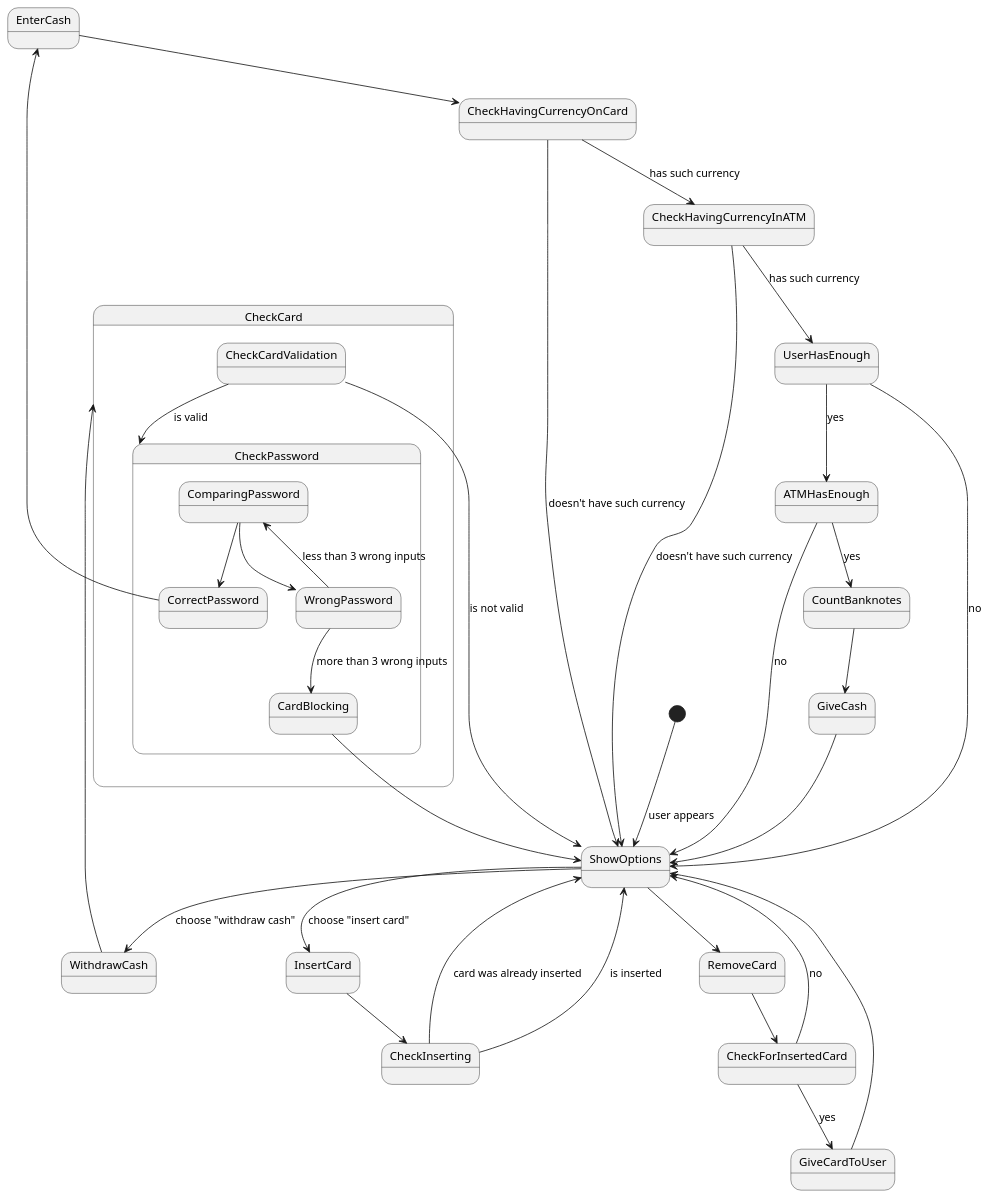
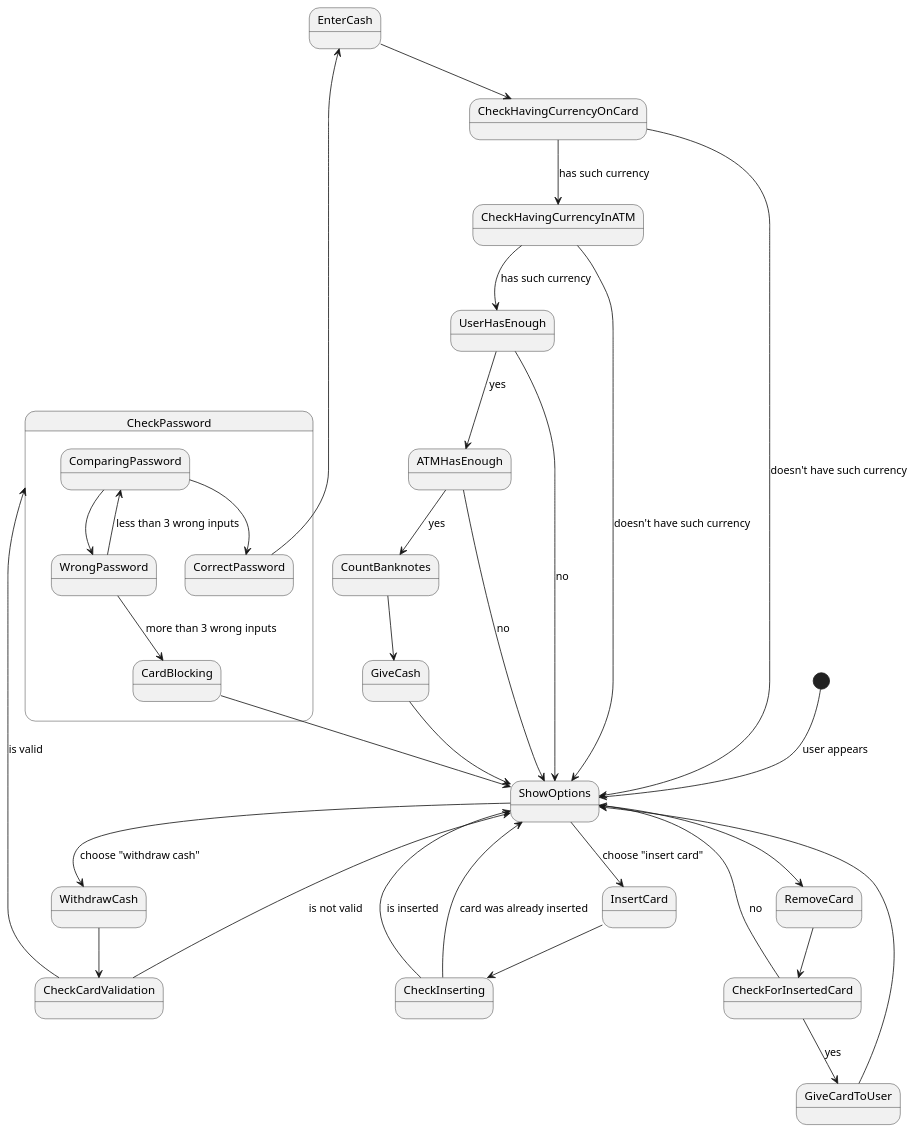
Before and after one commit to anadeg/ISPP: the diagram in 1/plantuml/states/withdraw_states.puml, drawn with PlantUML.

Commit message:
remove CheckCard state

```diff
--- a/1/plantuml/states/withdraw_states.puml
+++ b/1/plantuml/states/withdraw_states.puml
@@ -1,51 +1,49 @@
 @startuml
 'https://plantuml.com/state-diagram
 
 [*] --> ShowOptions: user appears
 
 ShowOptions --> InsertCard: choose "insert card"
 InsertCard --> CheckInserting
 CheckInserting --> ShowOptions: card was already inserted
 CheckInserting --> ShowOptions: is inserted
 
 ShowOptions --> WithdrawCash:choose "withdraw cash"
-WithdrawCash --> CheckCard
+WithdrawCash --> CheckCardValidation
 
-state CheckCard{
 CheckCardValidation --> CheckPassword: is valid
 CheckCardValidation --> ShowOptions: is not valid
-}
 
 state CheckPassword{
 ComparingPassword --> WrongPassword
 WrongPassword --> ComparingPassword: less than 3 wrong inputs
 WrongPassword --> CardBlocking: more than 3 wrong inputs
 CardBlocking --> ShowOptions
 
 ComparingPassword --> CorrectPassword
 }
 
 CorrectPassword --> EnterCash
 EnterCash --> CheckHavingCurrencyOnCard
 
 CheckHavingCurrencyOnCard --> ShowOptions: doesn't have such currency
 CheckHavingCurrencyOnCard --> CheckHavingCurrencyInATM: has such currency
 
 CheckHavingCurrencyInATM --> ShowOptions: doesn't have such currency
 CheckHavingCurrencyInATM --> UserHasEnough: has such currency
 
 UserHasEnough --> ShowOptions: no
 UserHasEnough --> ATMHasEnough: yes
 
 ATMHasEnough --> ShowOptions: no
 ATMHasEnough --> CountBanknotes: yes
 
 CountBanknotes --> GiveCash
 GiveCash --> ShowOptions
 
 ShowOptions --> RemoveCard
 RemoveCard --> CheckForInsertedCard
 CheckForInsertedCard --> GiveCardToUser: yes
 GiveCardToUser --> ShowOptions
 CheckForInsertedCard --> ShowOptions: no
 @enduml
```
